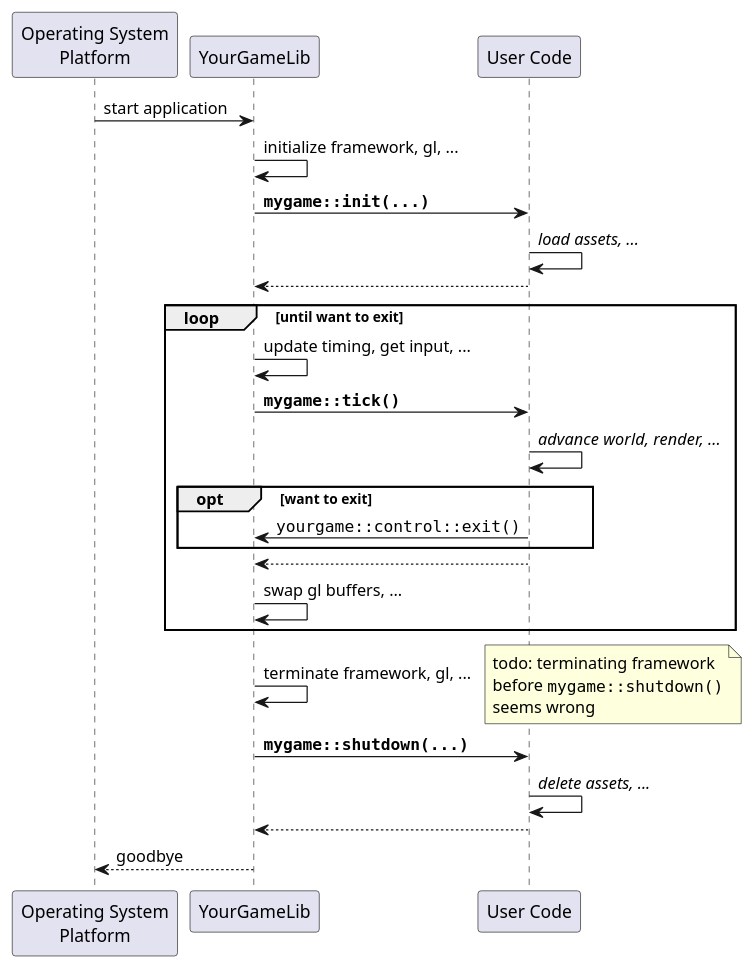
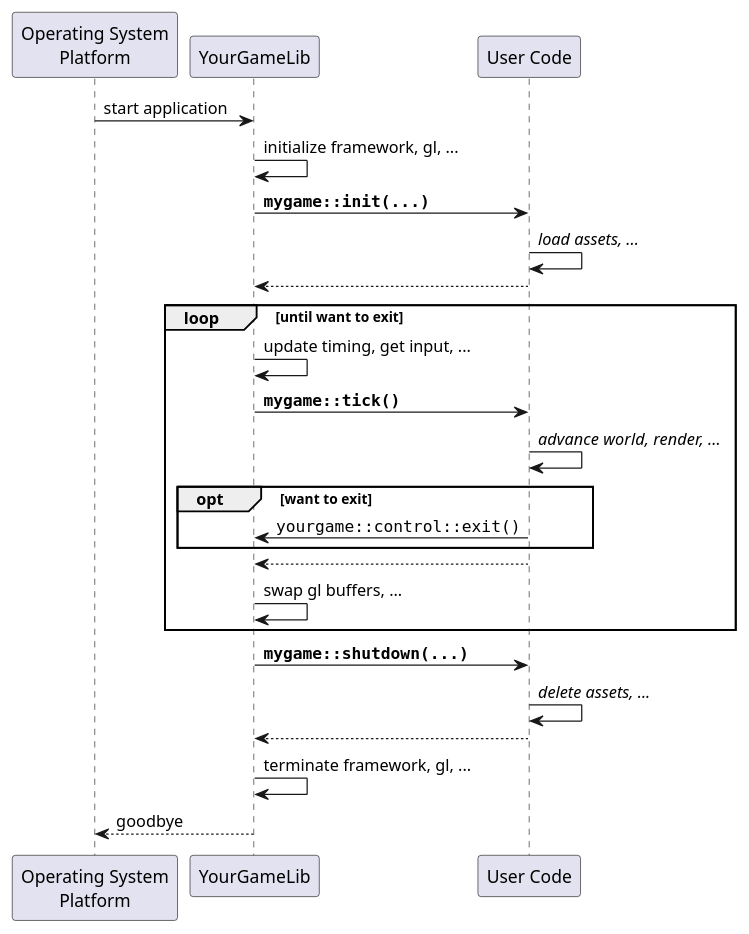
Before and after one commit to duddel/yourgamelib: the diagram in docs/md_sites/Fundamentals.md, drawn with PlantUML. The commit also changed 39 other files, not shown here.

Commit message:
fix exit sequence

````diff
--- a/docs/md_sites/Fundamentals.md
+++ b/docs/md_sites/Fundamentals.md
@@ -5,23 +5,22 @@
 ```plantuml format="png"
 "Operating System\nPlatform" -> YourGameLib: start application
 YourGameLib -> YourGameLib: initialize framework, gl, ...
 YourGameLib -> "User Code": **""mygame::init(...)""**
 "User Code" -> "User Code": //load assets, ...//
 "User Code" --> YourGameLib
 loop until want to exit
   YourGameLib -> YourGameLib: update timing, get input, ...
   YourGameLib -> "User Code": **""mygame::tick()""**
   "User Code" -> "User Code": //advance world, render, ...//
   opt want to exit
     "User Code" -> YourGameLib: ""yourgame::control::exit()""
   end
   "User Code" --> YourGameLib
   YourGameLib -> YourGameLib: swap gl buffers, ...
 end
-YourGameLib -> YourGameLib: terminate framework, gl, ...
-note right: todo: terminating framework\nbefore ""mygame::shutdown()""\nseems wrong
 YourGameLib -> "User Code": **""mygame::shutdown(...)""**
 "User Code" -> "User Code": //delete assets, ...//
 "User Code" --> YourGameLib
+YourGameLib -> YourGameLib: terminate framework, gl, ...
 YourGameLib --> "Operating System\nPlatform": goodbye
 ```
````
